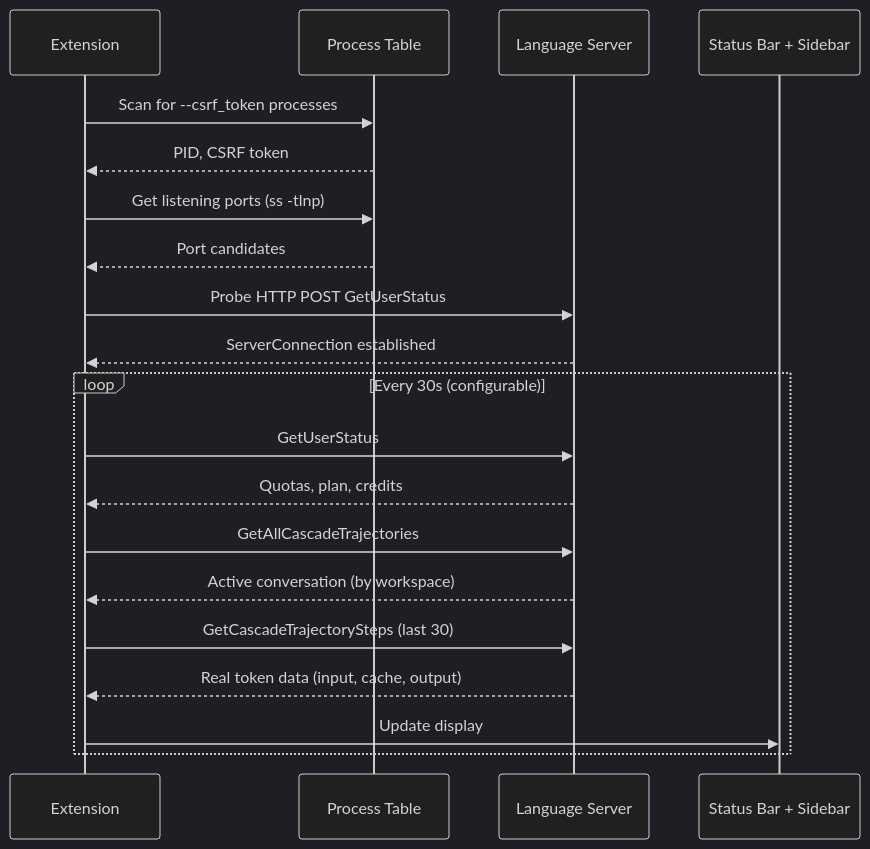
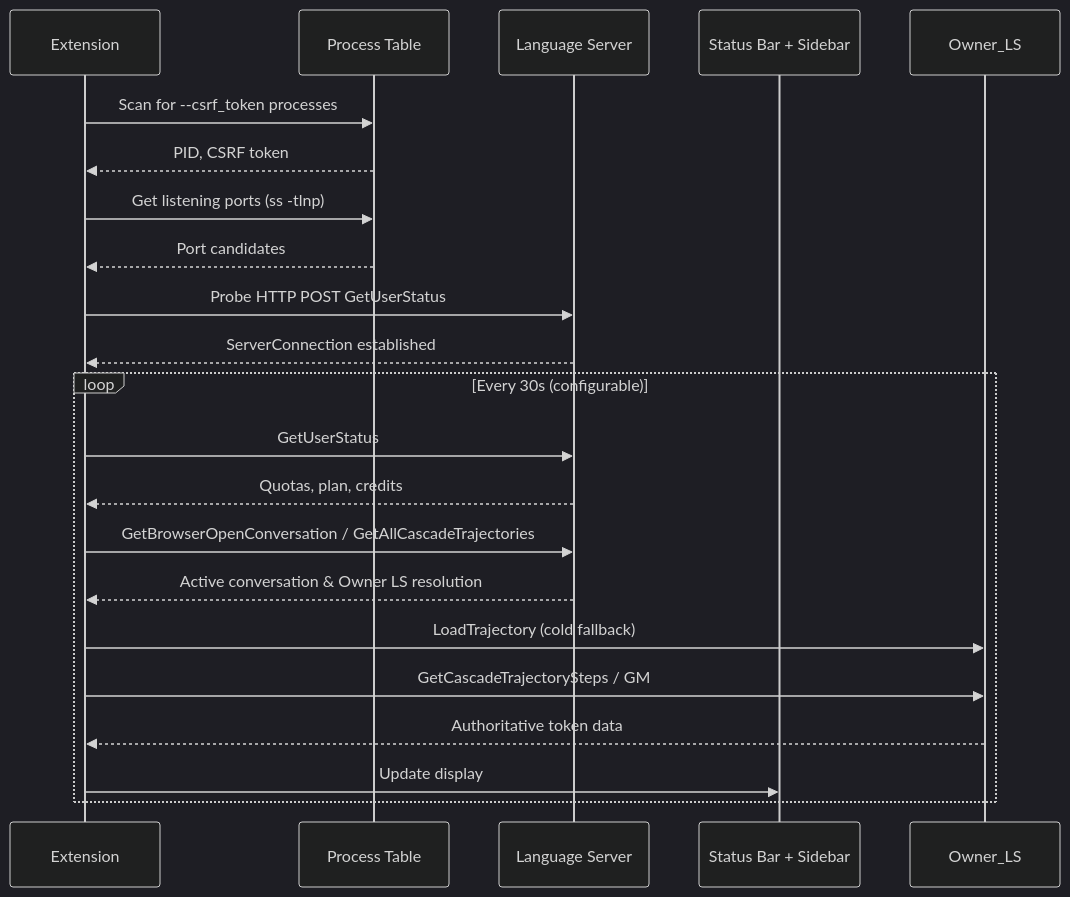
The diagram in README.md (jetnet/ag-engineer), drawn with Mermaid (dark theme) before and after one commit. The commit also changed other lines of this file and 5 other files, not shown here.

````diff
--- a/README.md
+++ b/README.md
@@ -37,24 +37,25 @@
 ```mermaid
 sequenceDiagram
     participant Ext as Extension
     participant PS as Process Table
     participant LS as Language Server
     participant UI as Status Bar + Sidebar
 
     Ext->>PS: Scan for --csrf_token processes
     PS-->>Ext: PID, CSRF token
     Ext->>PS: Get listening ports (ss -tlnp)
     PS-->>Ext: Port candidates
     Ext->>LS: Probe HTTP POST GetUserStatus
     LS-->>Ext: ServerConnection established
 
     loop Every 30s (configurable)
         Ext->>LS: GetUserStatus
         LS-->>Ext: Quotas, plan, credits
-        Ext->>LS: GetAllCascadeTrajectories
-        LS-->>Ext: Active conversation (by workspace)
-        Ext->>LS: GetCascadeTrajectorySteps (last 30)
-        LS-->>Ext: Real token data (input, cache, output)
+        Ext->>LS: GetBrowserOpenConversation / GetAllCascadeTrajectories
+        LS-->>Ext: Active conversation & Owner LS resolution
+        Ext->>Owner_LS: LoadTrajectory (cold fallback)
+        Ext->>Owner_LS: GetCascadeTrajectorySteps / GM
+        Owner_LS-->>Ext: Authoritative token data
         Ext->>UI: Update display
     end
 ```
````
